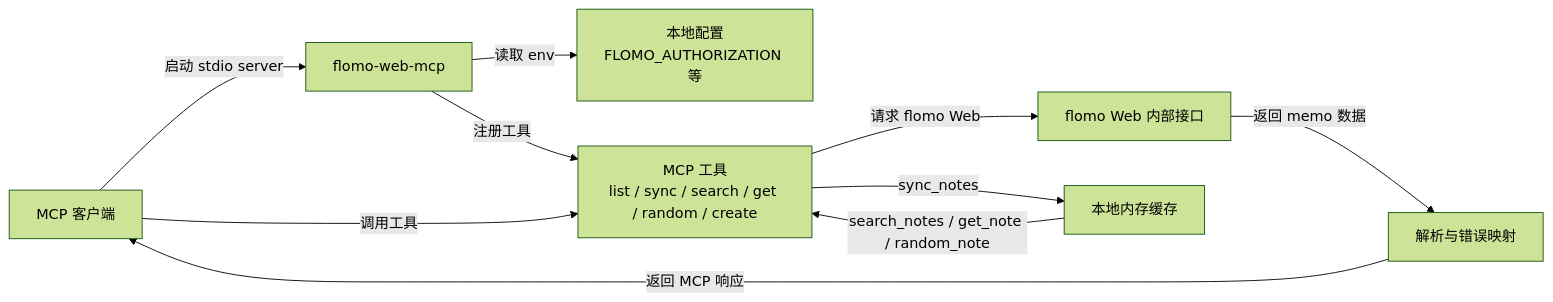
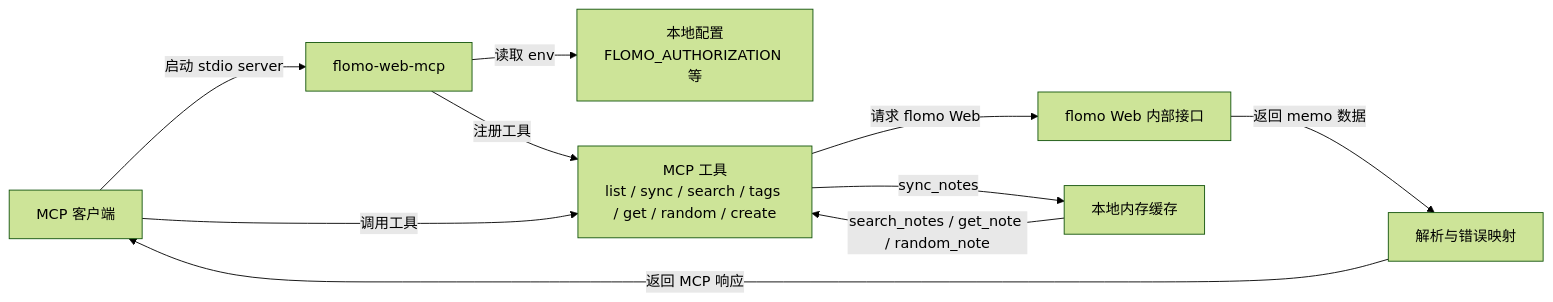
The diagram in README.md (godisabug/flomo-web-mcp), drawn with Mermaid (forest theme) before and after one commit. The commit also changed other lines of this file and 5 other files, not shown here.

First line of the commit message:
feat: add list_tags tool

````diff
--- a/README.md
+++ b/README.md
@@ -27,12 +27,12 @@
 ```mermaid
 flowchart LR
   Host["MCP 客户端"] -->|启动 stdio server| Server["flomo-web-mcp"]
   Server -->|读取 env| Config["本地配置<br/>FLOMO_AUTHORIZATION 等"]
-  Server -->|注册工具| Tools["MCP 工具<br/>list / sync / search / get / random / create"]
+  Server -->|注册工具| Tools["MCP 工具<br/>list / sync / search / tags / get / random / create"]
   Host -->|调用工具| Tools
   Tools -->|请求 flomo Web| Flomo["flomo Web 内部接口"]
   Flomo -->|返回 memo 数据| Parser["解析与错误映射"]
   Parser -->|返回 MCP 响应| Host
   Tools -->|sync_notes| Cache["本地内存缓存"]
   Cache -->|search_notes / get_note / random_note| Tools
 ```
````
